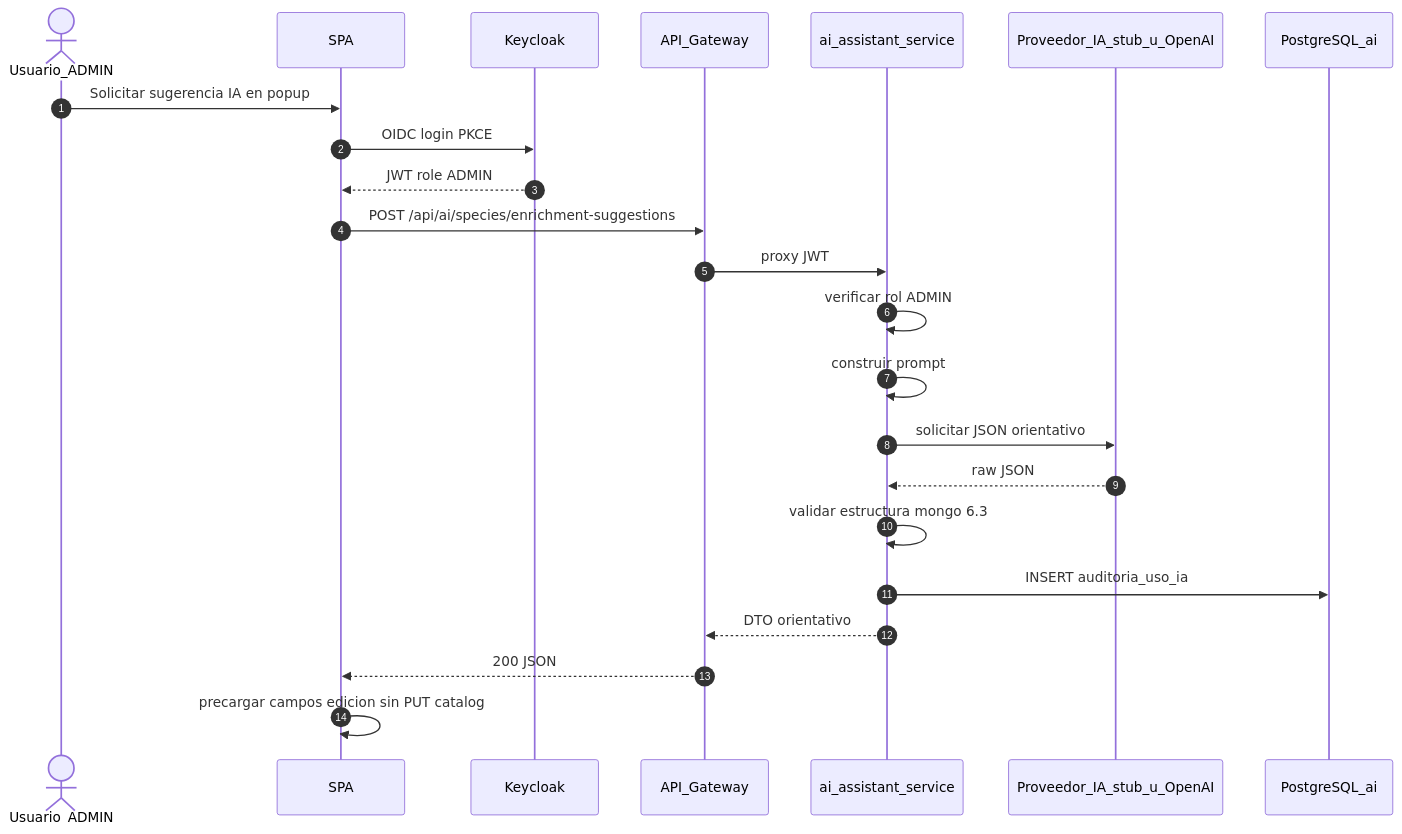
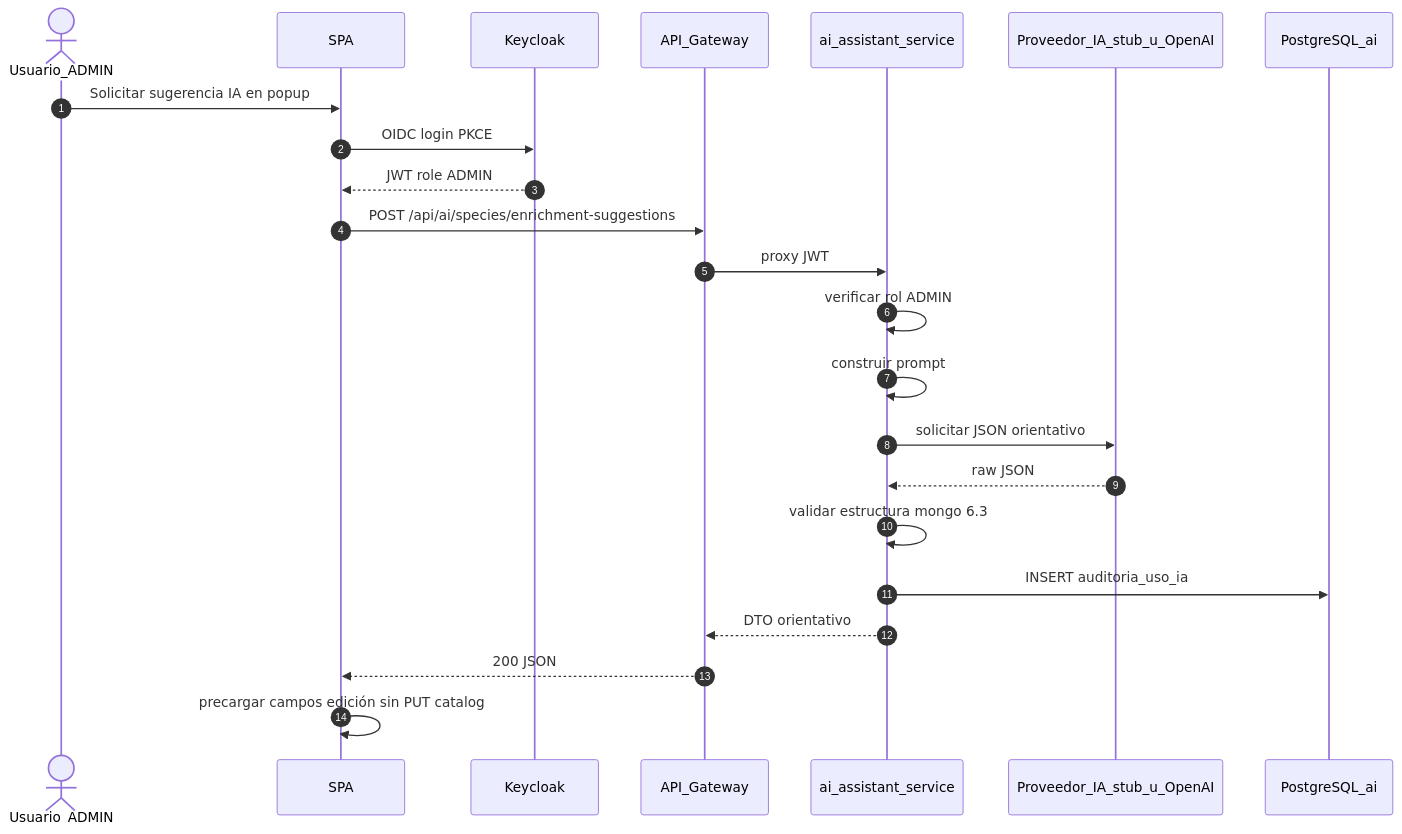
Diagram 12 of 19 in readme.md (ldefrutos1/AI4Devs-finalproject), drawn with Mermaid before and after one commit. The commit also changed other lines of this file and 14 other files, not shown here.

````diff
--- a/readme.md
+++ b/readme.md
@@ -853,27 +855,27 @@
 ```mermaid
 sequenceDiagram
   autonumber
   actor U as Usuario_ADMIN
   participant SPA as SPA
   participant KC as Keycloak
   participant GW as API_Gateway
   participant AIS as ai_assistant_service
   participant Prov as Proveedor_IA_stub_u_OpenAI
   participant PG as PostgreSQL_ai
 
   U->>SPA: Solicitar sugerencia IA en popup
   SPA->>KC: OIDC login PKCE
   KC-->>SPA: JWT role ADMIN
 
   SPA->>GW: POST /api/ai/species/enrichment-suggestions
   GW->>AIS: proxy JWT
   AIS->>AIS: verificar rol ADMIN
   AIS->>AIS: construir prompt
   AIS->>Prov: solicitar JSON orientativo
   Prov-->>AIS: raw JSON
   AIS->>AIS: validar estructura mongo 6.3
   AIS->>PG: INSERT auditoria_uso_ia
   AIS-->>GW: DTO orientativo
   GW-->>SPA: 200 JSON
-  SPA->>SPA: precargar campos edicion sin PUT catalog
+  SPA->>SPA: precargar campos edición sin PUT catalog
 ```
````
